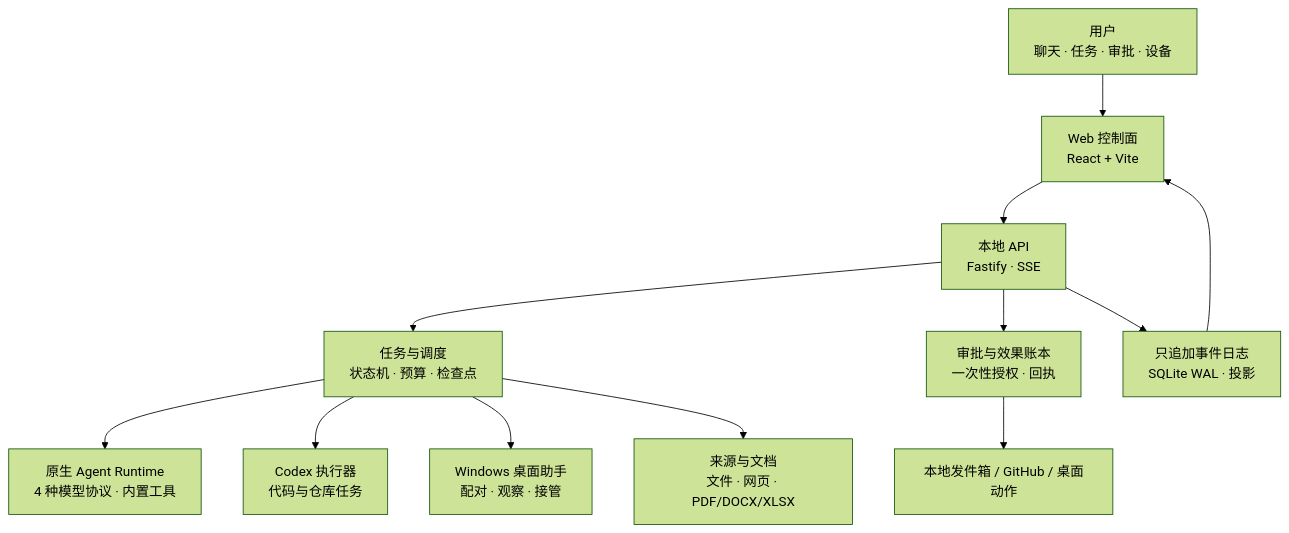
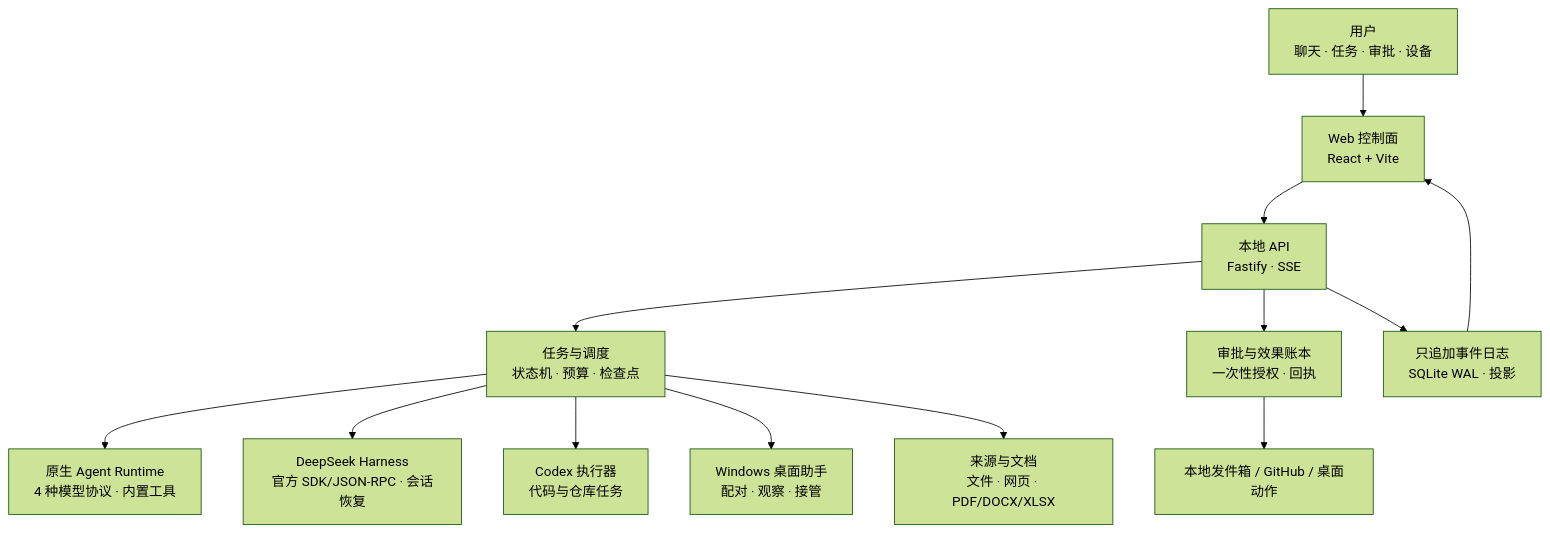
One commit to hearthproject/hearth-os changed the diagram in README.zh-CN.md. Above: the diagram before and after it, drawn with Mermaid (forest theme). The commit also changed other lines of this file, not shown here.

````diff
--- a/README.zh-CN.md
+++ b/README.zh-CN.md
@@ -67,14 +69,15 @@
 ```mermaid
 flowchart TB
   U["用户<br/>聊天 · 任务 · 审批 · 设备"] --> W["Web 控制面<br/>React + Vite"]
   W --> A["本地 API<br/>Fastify · SSE"]
   A --> S["任务与调度<br/>状态机 · 预算 · 检查点"]
   S --> N["原生 Agent Runtime<br/>4 种模型协议 · 内置工具"]
+  S --> H["DeepSeek Harness<br/>官方 SDK/JSON-RPC · 会话恢复"]
   S --> C["Codex 执行器<br/>代码与仓库任务"]
   S --> D["Windows 桌面助手<br/>配对 · 观察 · 接管"]
   S --> F["来源与文档<br/>文件 · 网页 · PDF/DOCX/XLSX"]
   A --> P["审批与效果账本<br/>一次性授权 · 回执"]
   A --> E["只追加事件日志<br/>SQLite WAL · 投影"]
   P --> O["本地发件箱 / GitHub / 桌面动作"]
   E --> W
 ```
````
